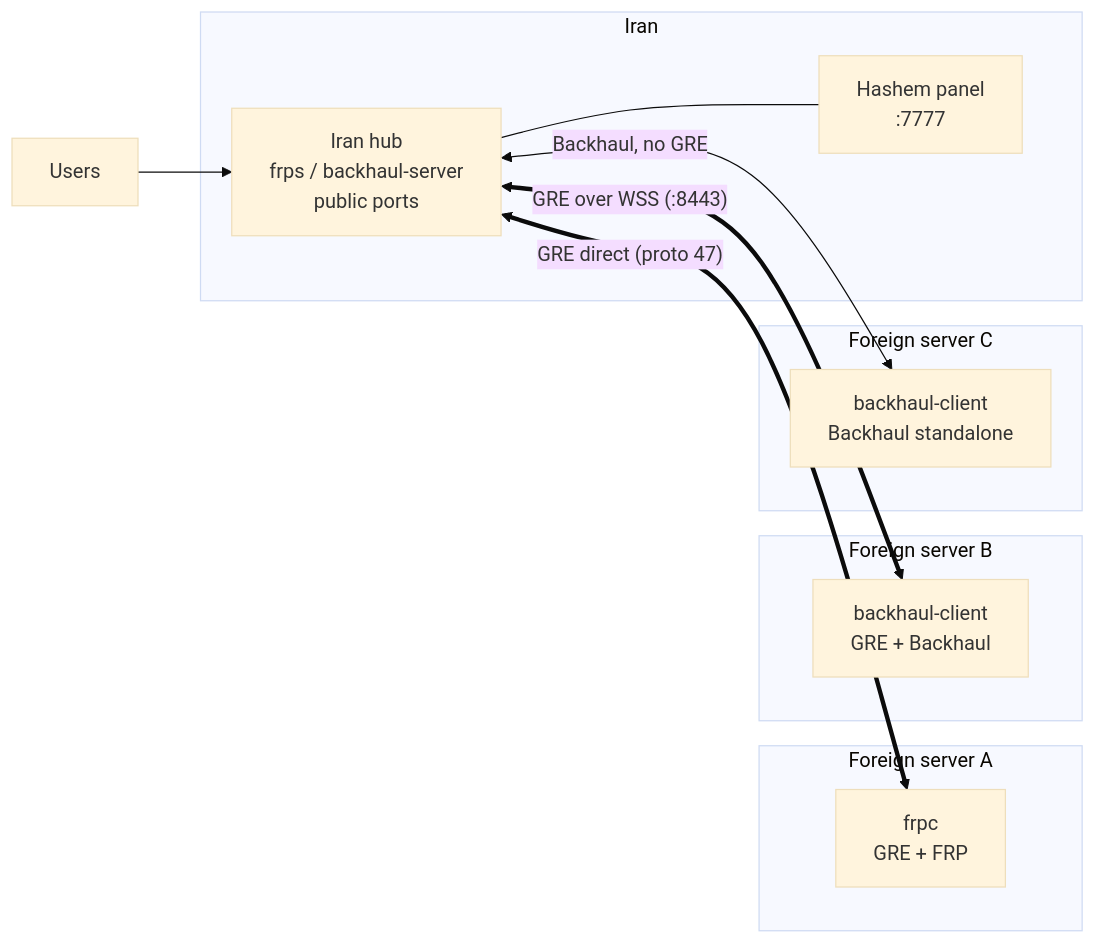
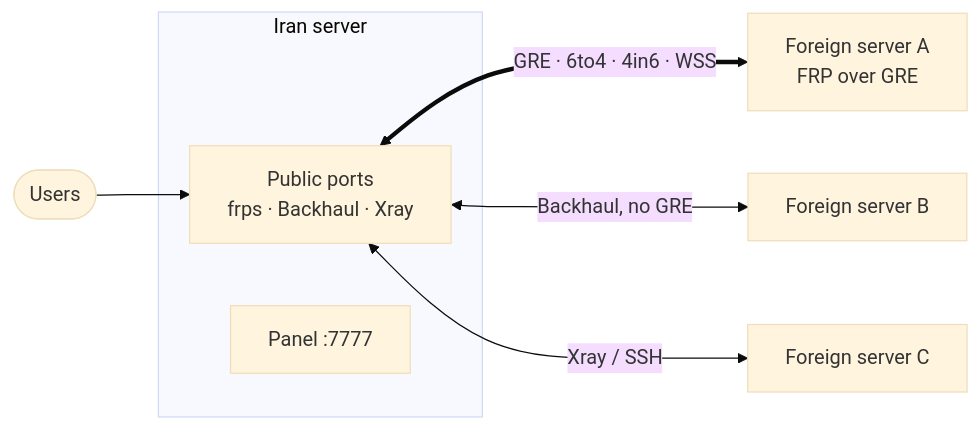
Before and after one commit to pdnczone/hashem-panel: the diagram in README.md, drawn with Mermaid (base theme). The commit also changed other lines of this file and 4 other files, not shown here.

````diff
--- a/README.md
+++ b/README.md
@@ -152,24 +31,11 @@
 ```mermaid
 flowchart LR
-    U["Users"] --> HUB
-
-    subgraph IR["Iran"]
-        HUB["Iran hub<br/>frps / backhaul-server<br/>public ports"]
-        PANEL["Hashem panel<br/>:7777"]
-        HUB --- PANEL
+    U([Users]) --> HUB
+    subgraph IR["Iran server"]
+        HUB["Public ports<br/>frps · Backhaul · Xray"]
+        P["Panel :7777"]
     end
-
-    subgraph F1["Foreign server A"]
-        C1["frpc<br/>GRE + FRP"]
-    end
-    subgraph F2["Foreign server B"]
-        C2["backhaul-client<br/>GRE + Backhaul"]
-    end
-    subgraph F3["Foreign server C"]
-        C3["backhaul-client<br/>Backhaul standalone"]
-    end
-
-    HUB <== "GRE direct (proto 47)" ==> C1
-    HUB <== "GRE over WSS (:8443)" ==> C2
-    HUB <-- "Backhaul, no GRE" --> C3
+    HUB <== "GRE · 6to4 · 4in6 · WSS" ==> A["Foreign server A<br/>FRP over GRE"]
+    HUB <-- "Backhaul, no GRE" --> B["Foreign server B"]
+    HUB <-- "Xray / SSH" --> C["Foreign server C"]
 ```
````
